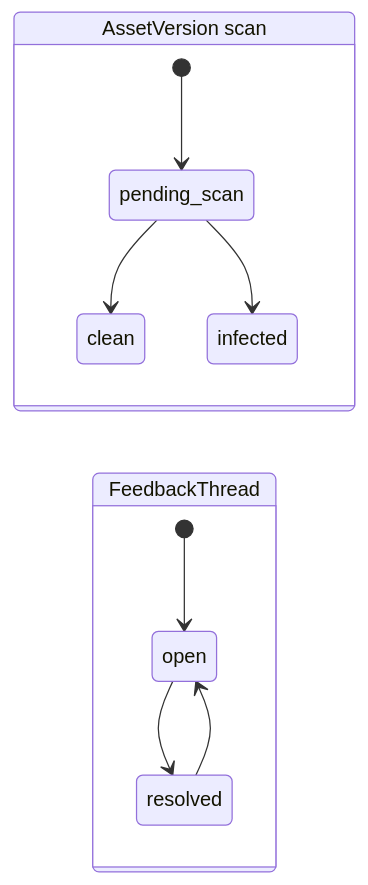
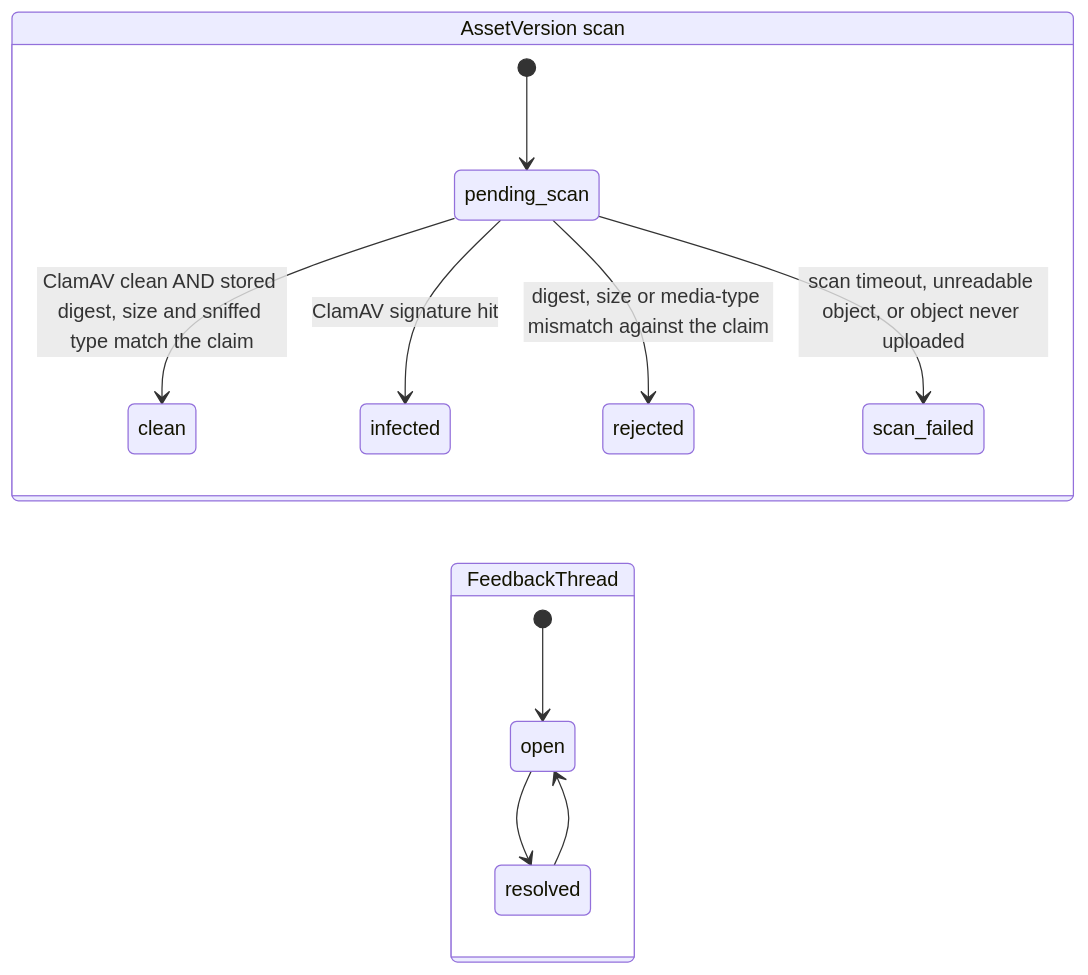
The fifth of 5 diagrams in docs/adr/0003-domain-and-authorization-model.md (khalidsohaibrana/proofdesk), drawn with Mermaid before and after one commit. The commit also changed other lines of this file and 1 other file, not shown here.

First line of the commit message:
docs: ADR-0003 round-2 revision against security round-1 findings (#15)

````diff
--- a/docs/adr/0003-domain-and-authorization-model.md
+++ b/docs/adr/0003-domain-and-authorization-model.md
@@ -214,14 +224,16 @@
 ```mermaid
 stateDiagram-v2
     direction LR
     state "AssetVersion scan" as A {
         [*] --> pending_scan
-        pending_scan --> clean
-        pending_scan --> infected
+        pending_scan --> clean : ClamAV clean AND stored digest, size and sniffed type match the claim
+        pending_scan --> infected : ClamAV signature hit
+        pending_scan --> rejected : digest, size or media-type mismatch against the claim
+        pending_scan --> scan_failed : scan timeout, unreadable object, or object never uploaded
     }
     state "FeedbackThread" as F {
         [*] --> open
         open --> resolved
         resolved --> open
     }
 ```
````
